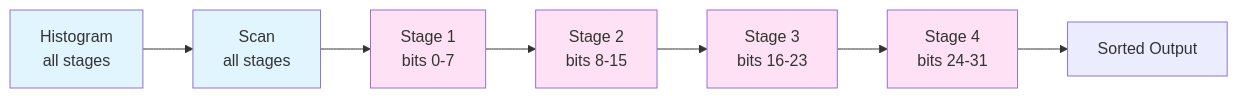
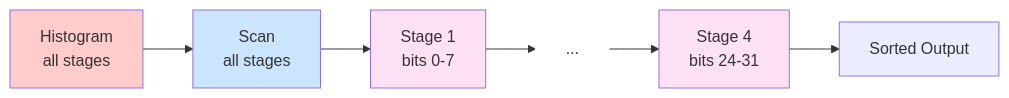
One commit to uxlfoundation/oneDPL changed the second of 3 diagrams in rfcs/experimental/radix_sort_esimd_sycl.md. Above: the diagram before and after it, drawn with Mermaid. The commit also changed other lines of this file, not shown here.

Commit message:
mermaid diagram improvements

````diff
--- a/rfcs/experimental/radix_sort_esimd_sycl.md
+++ b/rfcs/experimental/radix_sort_esimd_sycl.md
@@ -84,16 +68,14 @@
 ```mermaid
 graph LR
     A[Histogram<br/>all stages] --> B[Scan<br/>all stages]
     B --> C[Stage 1<br/>bits 0-7]
-    C --> D[Stage 2<br/>bits 8-15]
-    D --> E[Stage 3<br/>bits 16-23]
-    E --> F[Stage 4<br/>bits 24-31]
-    F --> G[Sorted Output]
+    C --> D[...]
+    D --> E[Stage 4<br/>bits 24-31]
+    E --> F[Sorted Output]
 
-    style A fill:#e1f5ff
-    style B fill:#e1f5ff
+    style A fill:#ffcccc
+    style B fill:#cce5ff
     style C fill:#ffe1f5
-    style D fill:#ffe1f5
     style E fill:#ffe1f5
-    style F fill:#ffe1f5
+    style D fill:#ffffff,stroke:#ffffff
 ```
````
